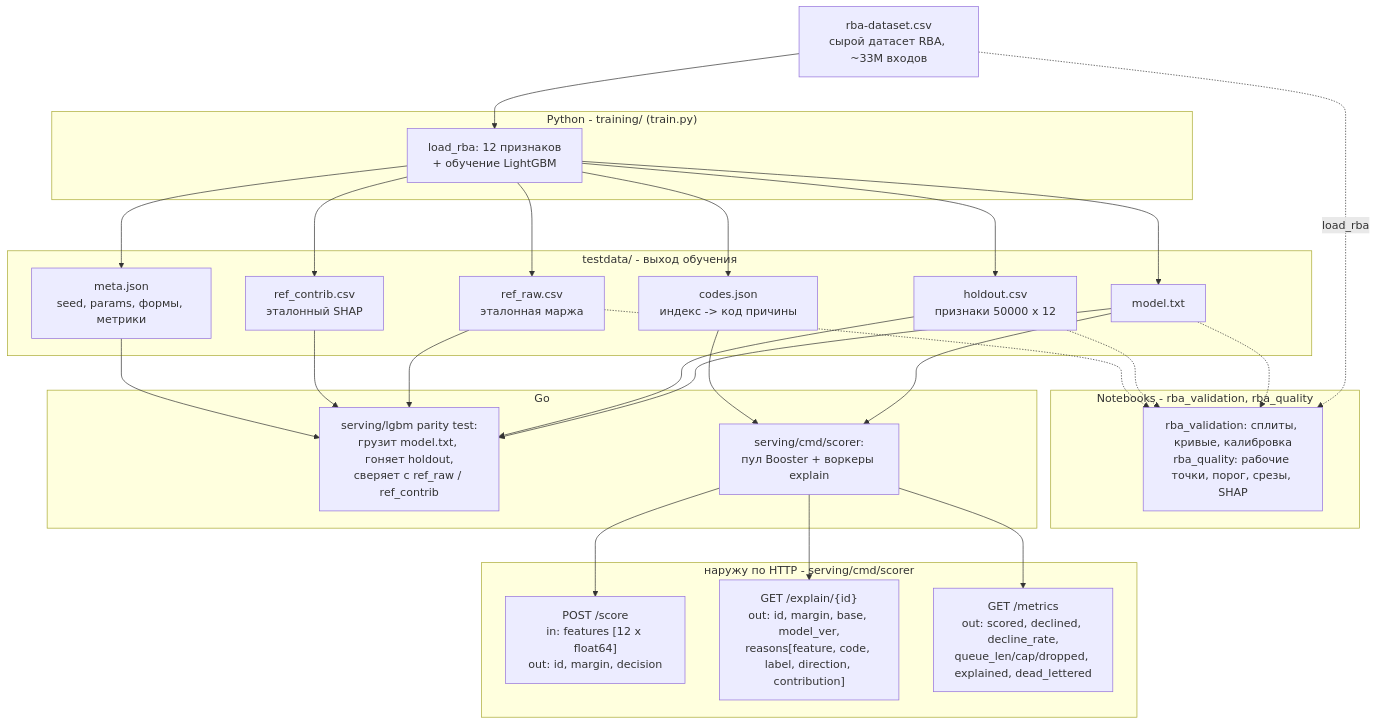
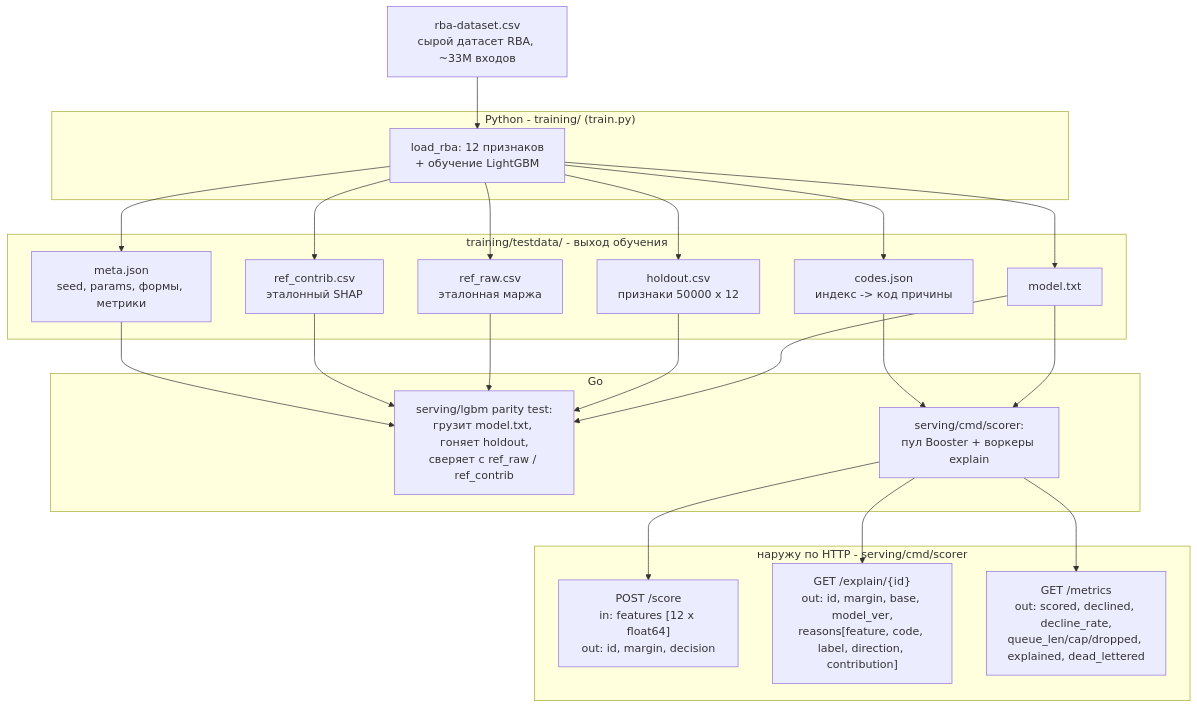
The diagram in README.md (danilkiff/go-lgbm-serving), drawn with Mermaid before and after one commit. The commit also changed other lines of this file and 19 other files, not shown here.

````diff
--- a/README.md
+++ b/README.md
@@ -155,40 +133,34 @@
 ```mermaid
 flowchart TD
     RAW["rba-dataset.csv<br/>сырой датасет RBA, ~33M входов"]
 
     subgraph PY["Python - training/ (train.py)"]
         TRAIN["load_rba: 12 признаков<br/>+ обучение LightGBM"]
     end
 
-    subgraph ART["testdata/ - выход обучения"]
+    subgraph ART["training/testdata/ - выход обучения"]
         MODEL["model.txt"]
         HOLD["holdout.csv<br/>признаки 50000 x 12"]
         RREF["ref_raw.csv<br/>эталонная маржа"]
         CREF["ref_contrib.csv<br/>эталонный SHAP"]
         META["meta.json<br/>seed, params, формы, метрики"]
         CODES["codes.json<br/>индекс -> код причины"]
-    end
-
-    subgraph NB["Notebooks - rba_validation, rba_quality"]
-        VAL["rba_validation: сплиты, кривые, калибровка<br/>rba_quality: рабочие точки, порог, срезы, SHAP"]
     end
 
     subgraph GO["Go"]
         PARITY["serving/lgbm parity test:<br/>грузит model.txt, гоняет holdout,<br/>сверяет с ref_raw / ref_contrib"]
         SCORER["serving/cmd/scorer:<br/>пул Booster + воркеры explain"]
     end
 
     subgraph OUT["наружу по HTTP - serving/cmd/scorer"]
         SCORE["POST /score<br/>in: features [12 x float64]<br/>out: id, margin, decision"]
         EXPL["GET /explain/{id}<br/>out: id, margin, base, model_ver,<br/>reasons[feature, code, label, direction, contribution]"]
         MET["GET /metrics<br/>out: scored, declined, decline_rate,<br/>queue_len/cap/dropped, explained, dead_lettered"]
     end
 
     RAW --> TRAIN
     TRAIN --> MODEL & HOLD & RREF & CREF & META & CODES
-    RAW -.->|"load_rba"| VAL
-    MODEL & HOLD & RREF -.-> VAL
     MODEL & HOLD & RREF & CREF & META --> PARITY
     MODEL & CODES --> SCORER
     SCORER --> SCORE & EXPL & MET
 ```
````
